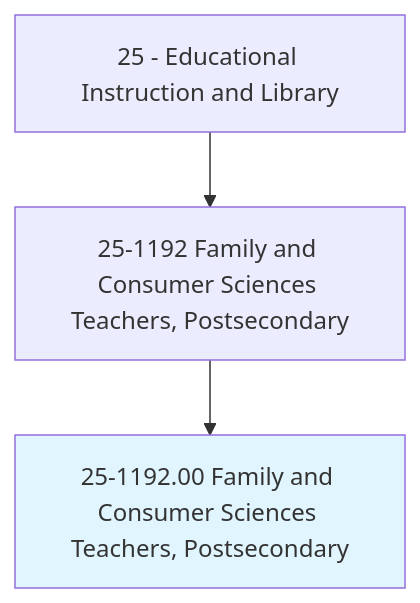
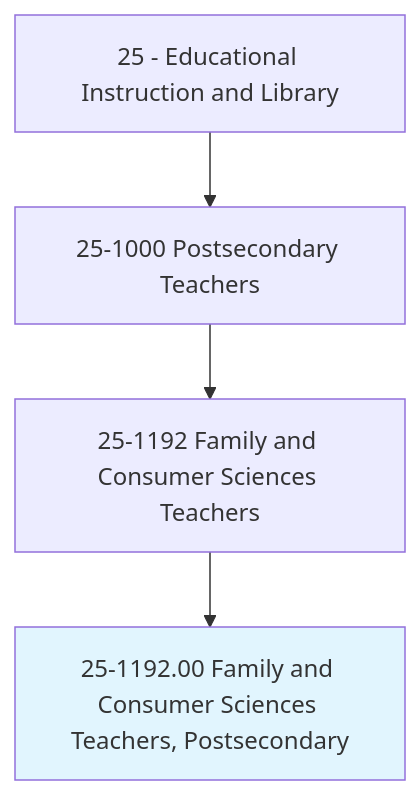
One commit to kziemski/business.org.ai changed the first of 4 diagrams in occupations/Education/FamilyAndConsumerSciencesTeachersPostsecondary.mdx. Above: the diagram before and after it, drawn with Mermaid. The commit also changed other lines of this file and 938 other files, not shown here.

````diff
--- a/occupations/Education/FamilyAndConsumerSciencesTeachersPostsecondary.mdx
+++ b/occupations/Education/FamilyAndConsumerSciencesTeachersPostsecondary.mdx
@@ -19,6 +23,7 @@
 ```mermaid
 graph TD
-    Cat25["25 - Educational Instruction and Library"] --> Group251192["25-1192 Family and Consumer Sciences Teachers, Postsecondary"]
+    Cat25["25 - Educational Instruction and Library"] --> Group251["25-1000 Postsecondary Teachers"]
+    Group251 --> Group251192["25-1192 Family and Consumer Sciences Teachers"]
     Group251192 --> Current["25-1192.00 Family and Consumer Sciences Teachers, Postsecondary"]
     style Current fill:#e1f5fe
 ```
````
